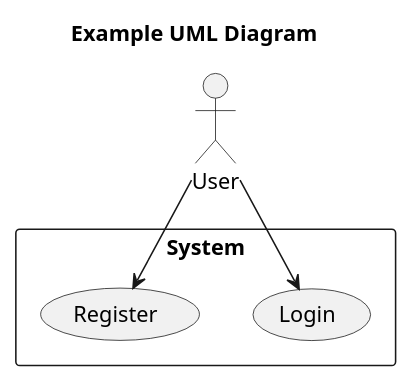
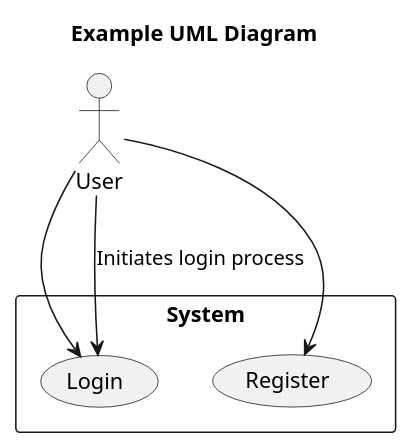
Before and after one commit to enriquelandaespes/mini_SNMP_agent_with_notifications: the diagram in mib_uml.wsd, drawn with PlantUML.

```diff
--- a/mib_uml.wsd
+++ b/mib_uml.wsd
@@ -1,11 +1,12 @@
 @startuml ExampleDiagram
 title Example UML Diagram
 
 actor User
 rectangle "System" {
   usecase "Login" as UC1
   usecase "Register" as UC2
 }
 User --> UC1
 User --> UC2
+User-->UC1 : "Initiates login process"
 @enduml
```
